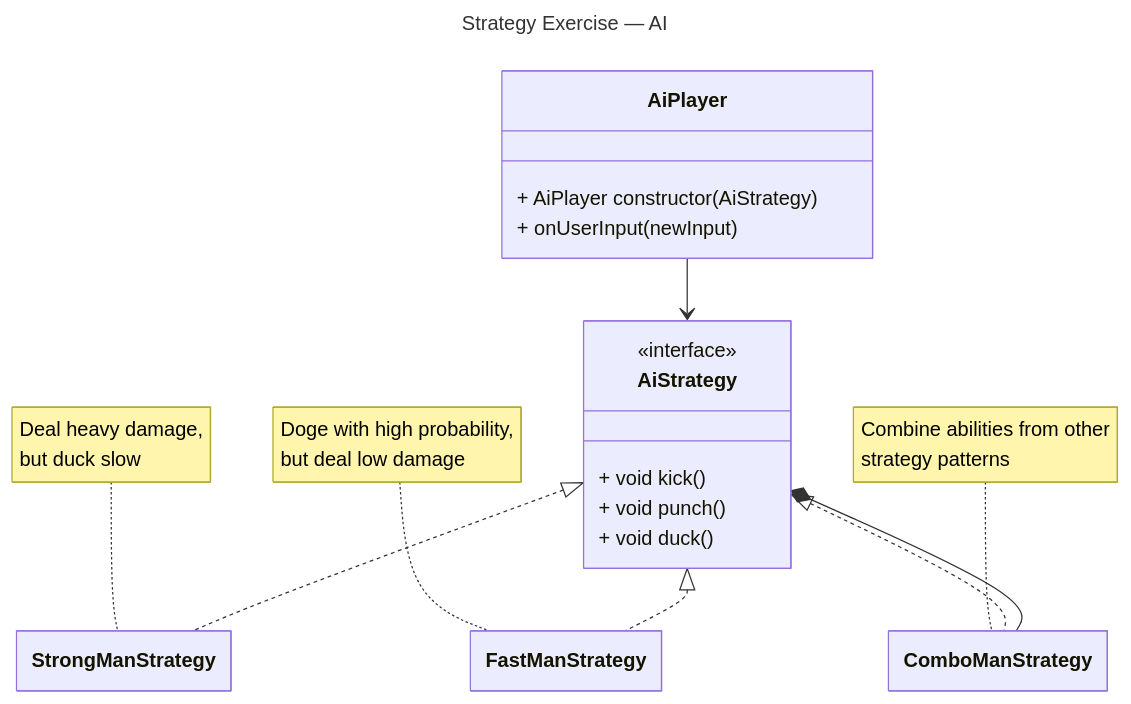
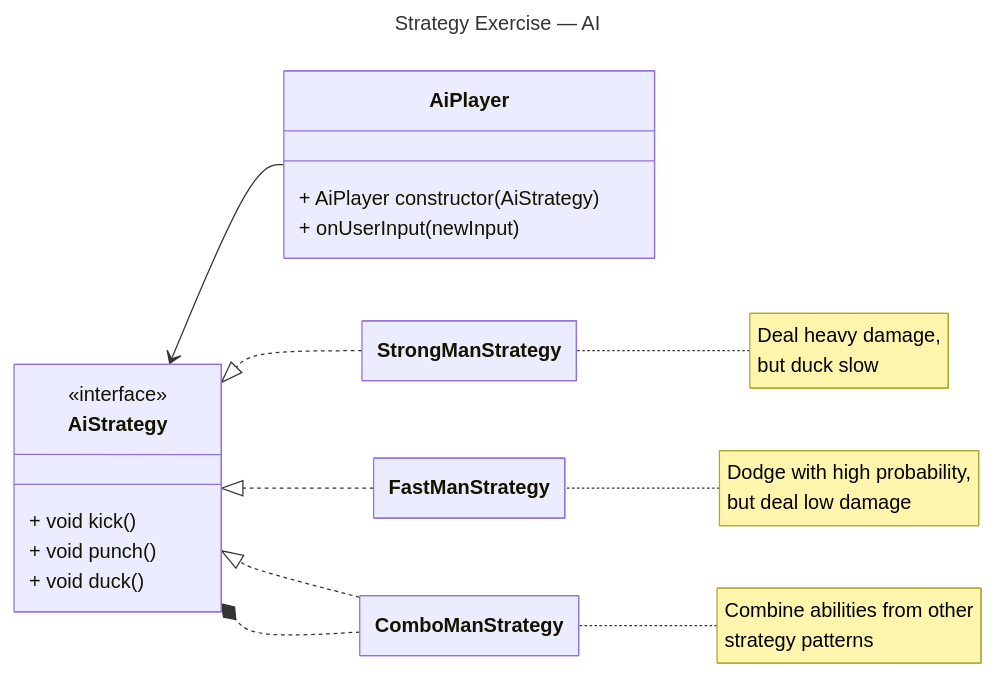
One commit to frozenfrank/cs340-assignments changed the fourth of 4 diagrams in README.md. Above: the diagram before and after it, drawn with Mermaid.

Commit message:
Update README.md Adjust presentation of AI design

````diff
--- a/README.md
+++ b/README.md
@@ -147,31 +147,31 @@
 ```mermaid
 ---
 title: Strategy Exercise — AI
 config:
   class:
     hideEmptyMembersBox: true
 ---
 classDiagram
-direction TB
+direction RL
 
 class AiStrategy {
   <<interface>>
   + void kick()
   + void punch()
   + void duck()
 }
 
 AiPlayer : + AiPlayer constructor(AiStrategy)
 AiPlayer : + onUserInput(newInput)
 AiPlayer --> AiStrategy
 
-AiStrategy <|.. StrongManStrategy
-AiStrategy <|.. FastManStrategy
-AiStrategy <|.. ComboManStrategy
+StrongManStrategy ..|> AiStrategy
+FastManStrategy ..|> AiStrategy
+ComboManStrategy ..|> AiStrategy
 
-AiStrategy *-- ComboManStrategy
+ComboManStrategy ..* AiStrategy
 
 note for StrongManStrategy "Deal heavy damage,<br> but duck slow"
-note for FastManStrategy "Doge with high probability,<br> but deal low damage"
+note for FastManStrategy "Dodge with high probability,<br> but deal low damage"
 note for ComboManStrategy "Combine abilities from other<br> strategy patterns"
 ```
````
